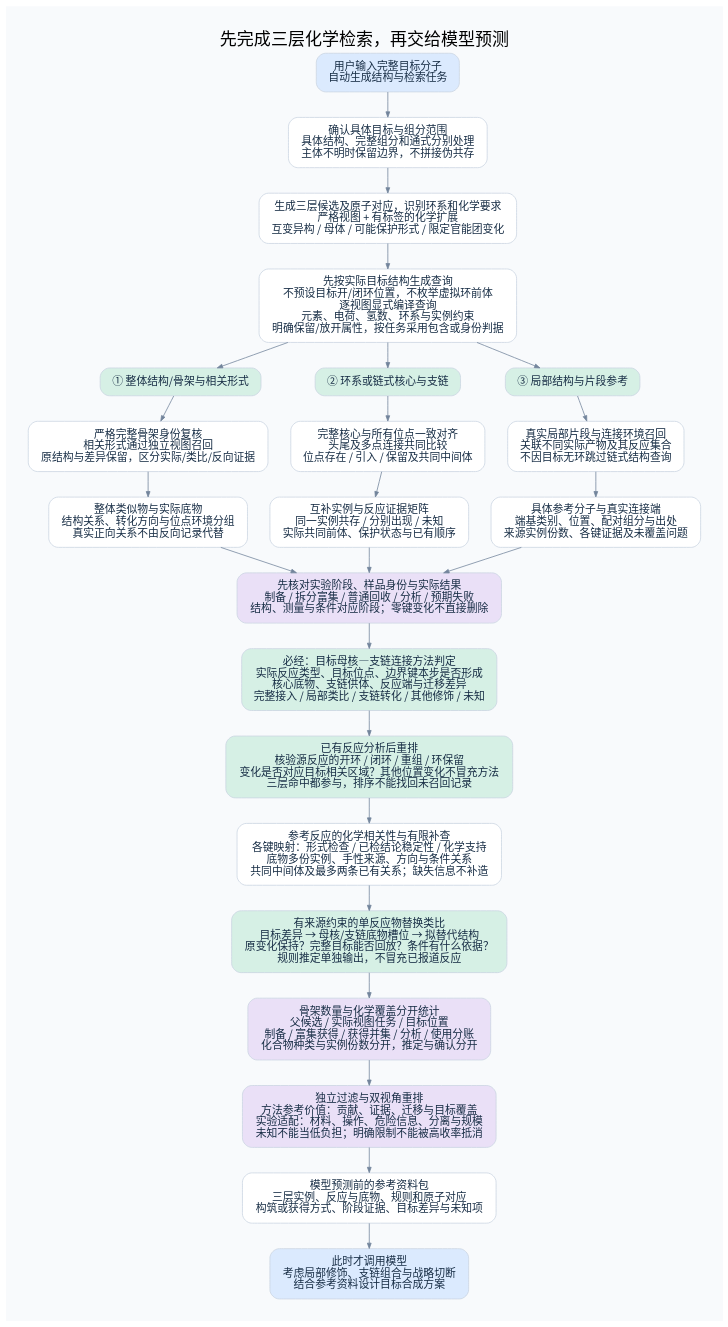
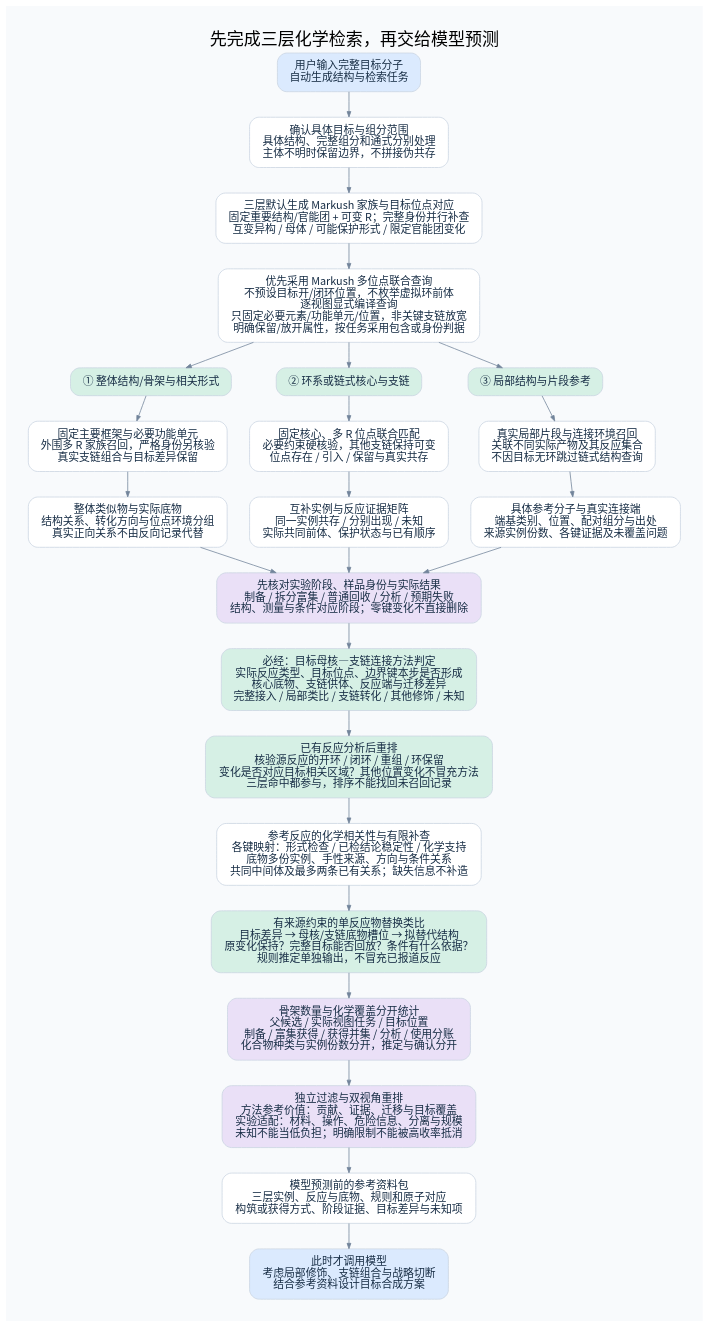
Before and after one commit to 825728139/substructure_search: the diagram in diagrams/scaffold-search.dot, drawn with Graphviz. The commit also changed 21 other files, not shown here.

```diff
--- a/diagrams/scaffold-search.dot
+++ b/diagrams/scaffold-search.dot
@@ -1,82 +1,82 @@
 digraph G {
 
 graph [rankdir=TB, bgcolor="#F8FAFC", pad="0.4", nodesep="0.40", ranksep="0.46", fontname="Noto Sans CJK SC", fontsize=22, labelloc=t];
 node [shape=box, style="rounded,filled", fillcolor="white", color="#CAD5E2", fontcolor="#172D45", fontname="Noto Sans CJK SC", fontsize=14, margin="0.20,0.14"];
 edge [color="#72849B", arrowsize=0.7, fontname="Noto Sans CJK SC", fontsize=11, fontcolor="#526477"];
 
 label="先完成三层化学检索，再交给模型预测";
 a [label="用户输入完整目标分子
 自动生成结构与检索任务", fillcolor="#DBEAFE"];
-b [label="生成三层候选及原子对应，识别环系和化学要求
-严格视图 + 有标签的化学扩展
+b [label="三层默认生成 Markush 家族与目标位点对应
+固定重要结构/官能团 + 可变 R；完整身份并行补查
 互变异构 / 母体 / 可能保护形式 / 限定官能团变化"];
 g [label="① 整体结构/骨架与相关形式", fillcolor="#D6F0E5"];
 c [label="② 环系或链式核心与支链", fillcolor="#D6F0E5"];
 f [label="③ 局部结构与片段参考", fillcolor="#D6F0E5"];
-g1 [label="严格完整骨架身份复核
-相关形式通过独立视图召回
-原结构与差异保留，区分实际/类比/反向证据"];
-c1 [label="完整核心与所有位点一致对齐
-头尾及多点连接共同比较
-位点存在 / 引入 / 保留及共同中间体"];
+g1 [label="固定主要框架与必要功能单元
+外围多 R 家族召回，严格身份另核验
+真实支链组合与目标差异保留"];
+c1 [label="固定核心、多 R 位点联合匹配
+必要约束硬核验，其他支链保持可变
+位点存在 / 引入 / 保留与真实共存"];
 f1 [label="真实局部片段与连接环境召回
 关联不同实际产物及其反应集合
 不因目标无环跳过链式结构查询"];
 g2 [label="整体类似物与实际底物
 结构关系、转化方向与位点环境分组
 真实正向关系不由反向记录代替"];
 c2 [label="互补实例与反应证据矩阵
 同一实例共存 / 分别出现 / 未知
 实际共同前体、保护状态与已有顺序"];
 f2 [label="具体参考分子与真实连接端
 端基类别、位置、配对组分与出处
 来源实例份数、各键证据及未覆盖问题"];
 roles [label="先核对实验阶段、样品身份与实际结果
 制备 / 拆分富集 / 普通回收 / 分析 / 预期失败
 结构、测量与条件对应阶段；零键变化不直接删除", fillcolor="#EAE0F7"];
 quality [label="参考反应的化学相关性与有限补查
 各键映射：形式检查 / 已检结论稳定性 / 化学支持
 底物多份实例、手性来源、方向与条件关系
 共同中间体及最多两条已有关系；缺失信息不补造"];
 stats [label="骨架数量与化学覆盖分开统计
 父候选 / 实际视图任务 / 目标位置
 制备 / 富集获得 / 获得并集 / 分析 / 使用分账
 化合物种类与实例份数分开，推定与确认分开", fillcolor="#EAE0F7"];
 pack [label="模型预测前的参考资料包
 三层实例、反应与底物、规则和原子对应
 构筑或获得方式、阶段证据、目标差异与未知项"];
 model [label="此时才调用模型
 考虑局部修饰、支链组合与战略切断
 结合参考资料设计目标合成方案", fillcolor="#DBEAFE"];
 input_scope [label="确认具体目标与组分范围
 具体结构、完整组分和通式分别处理
 主体不明时保留边界，不拼接伪共存"];
 a -> input_scope -> b;
-compiled [label="先按实际目标结构生成查询
+compiled [label="优先采用 Markush 多位点联合查询
 不预设目标开/闭环位置，不枚举虚拟环前体
 逐视图显式编译查询
-元素、电荷、氢数、环系与实例约束
+只固定必要元素/功能单元/位置，非关键支链放宽
 明确保留/放开属性，按任务采用包含或身份判据"];
 b -> compiled; compiled -> g; compiled -> c; compiled -> f;
 g -> g1 -> g2;
 c -> c1 -> c2;
 f -> f1 -> f2;
 g2 -> roles; c2 -> roles; f2 -> roles;
 attachment [label="必经：目标母核—支链连接方法判定
 实际反应类型、目标位点、边界键本步是否形成
 核心底物、支链供体、反应端与迁移差异
 完整接入 / 局部类比 / 支链转化 / 其他修饰 / 未知", fillcolor="#D6F0E5"];
 transfer [label="有来源约束的单反应物替换类比
 目标差异 → 母核/支链底物槽位 → 拟替代结构
 原变化保持？完整目标能否回放？条件有什么依据？
 规则推定单独输出，不冒充已报道反应", fillcolor="#D6F0E5"];
 topology_assessment [label="已有反应分析后重排
 核验源反应的开环 / 闭环 / 重组 / 环保留
 变化是否对应目标相关区域？其他位置变化不冒充方法
 三层命中都参与，排序不能找回未召回记录", fillcolor="#D6F0E5"];
 ranking [label="独立过滤与双视角重排
 方法参考价值：贡献、证据、迁移与目标覆盖
 实验适配：材料、操作、危险信息、分离与规模
 未知不能当低负担；明确限制不能被高收率抵消", fillcolor="#EAE0F7"];
 roles -> attachment -> topology_assessment -> quality -> transfer -> stats -> ranking -> pack -> model;
 }
```
